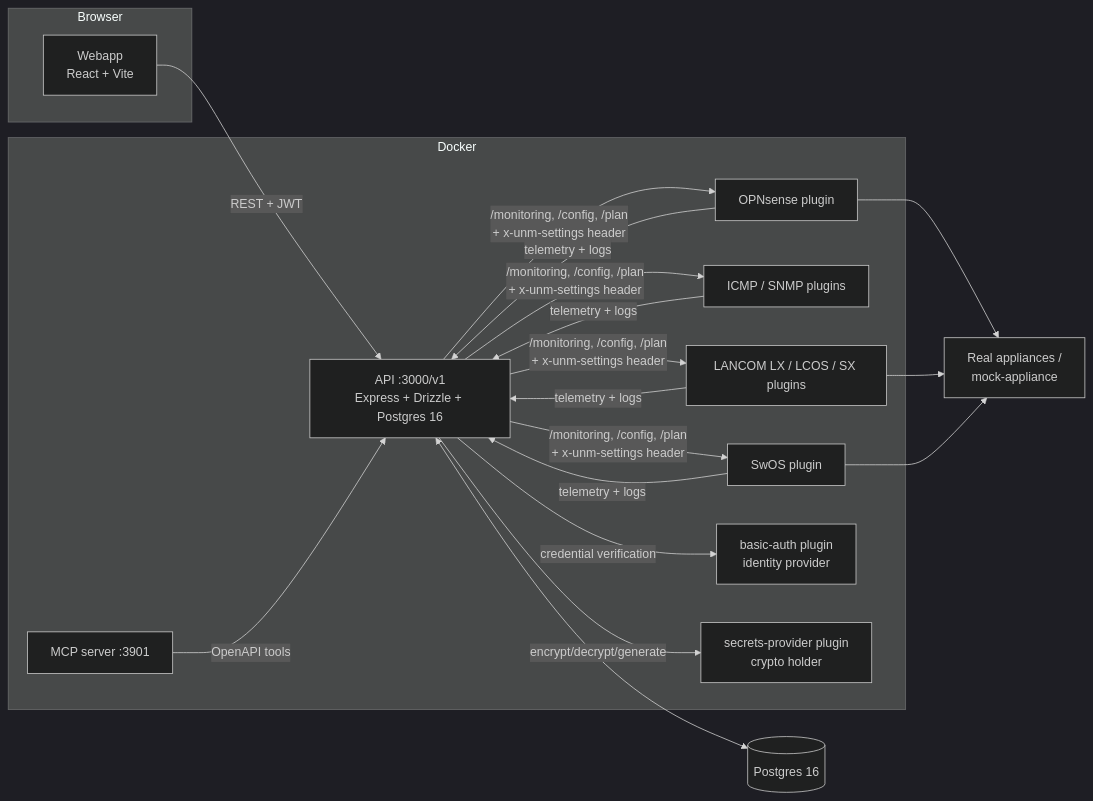
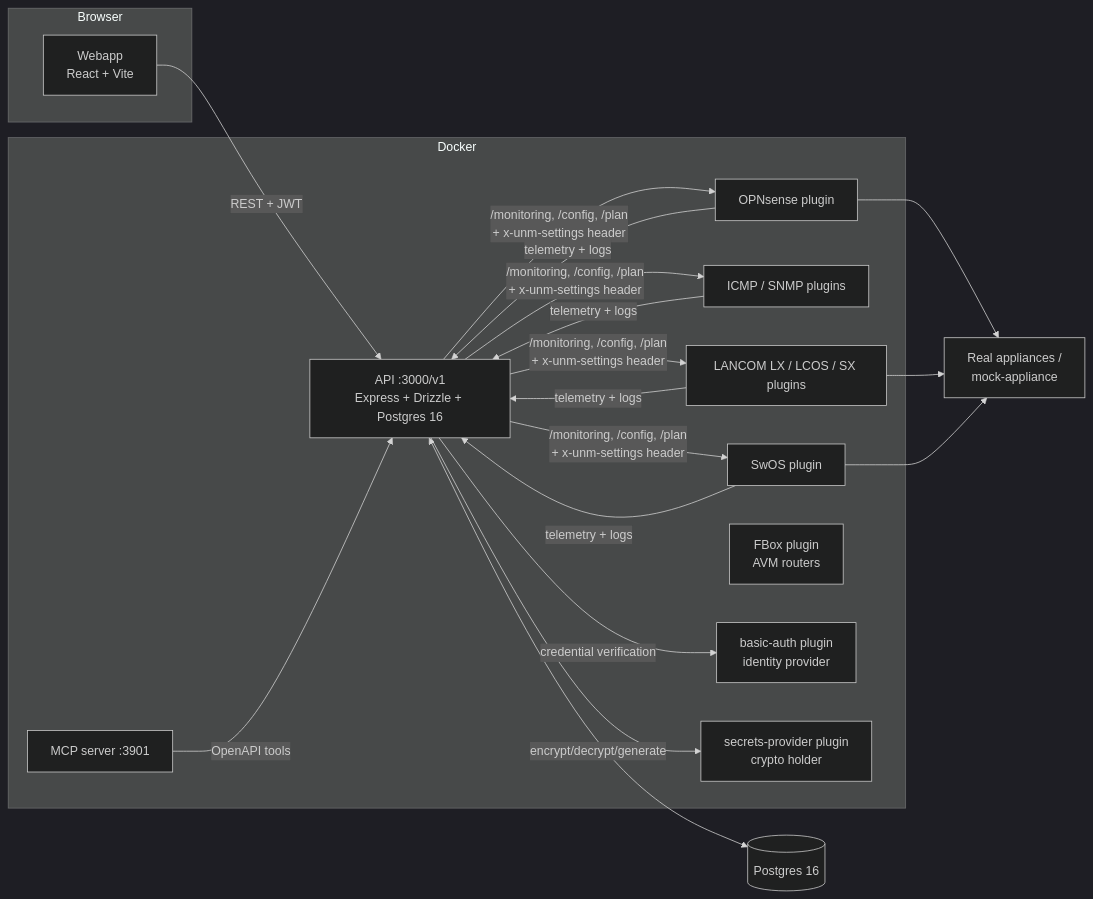
Before and after one commit to MichaelKirgus/UnifiedNetworkManager: the diagram in README.md, drawn with Mermaid (dark theme). The commit also changed other lines of this file and 27 other files, not shown here.

Commit message:
Add fbox plugin (a common german router)

````diff
--- a/README.md
+++ b/README.md
@@ -21,27 +21,28 @@
 ```mermaid
 flowchart LR
     subgraph Browser
         W[Webapp<br/>React + Vite]
     end
     subgraph Docker
         A[API :3000/v1<br/>Express + Drizzle + Postgres 16]
         P1[OPNsense plugin]
         P2[ICMP / SNMP plugins]
         P3[LANCOM LX / LCOS / SX plugins]
         P4[SwOS plugin]
+        P5[FBox plugin<br/>AVM routers]
         BA[basic-auth plugin<br/>identity provider]
         SP[secrets-provider plugin<br/>crypto holder]
         M[MCP server :3901]
     end
     D[(Postgres 16)]
     HW[Real appliances /<br/>mock-appliance]
 
     W -->|REST + JWT| A
     M -->|OpenAPI tools| A
     A <--> D
     A -->|/monitoring, /config, /plan<br/>+ x-unm-settings header| P1 & P2 & P3 & P4
     P1 & P2 & P3 & P4 -->|telemetry + logs| A
     A -->|credential verification| BA
     A -->|encrypt/decrypt/generate| SP
     P1 & P3 & P4 --> HW
 ```
````
